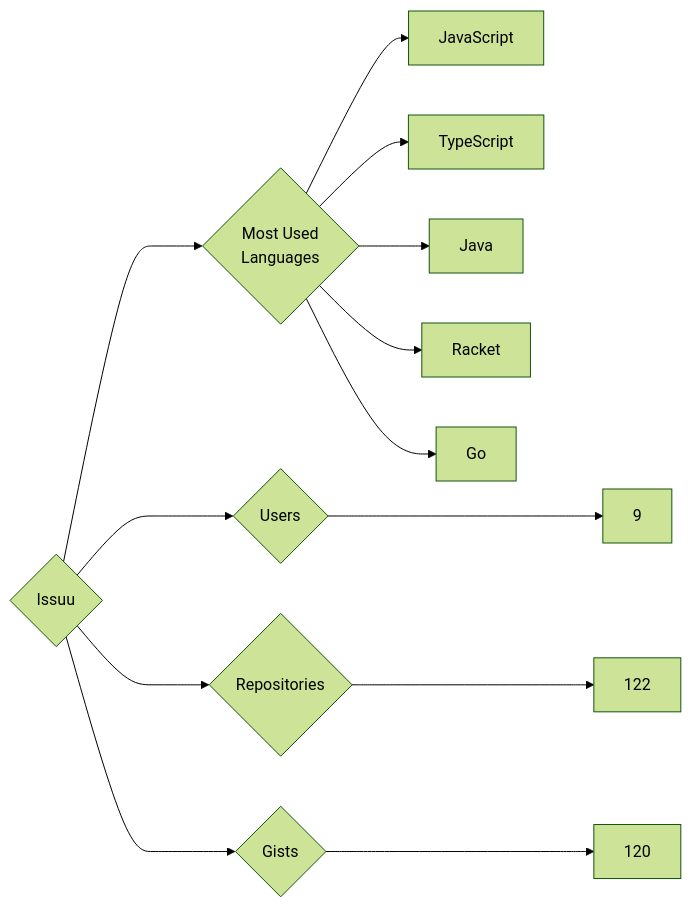
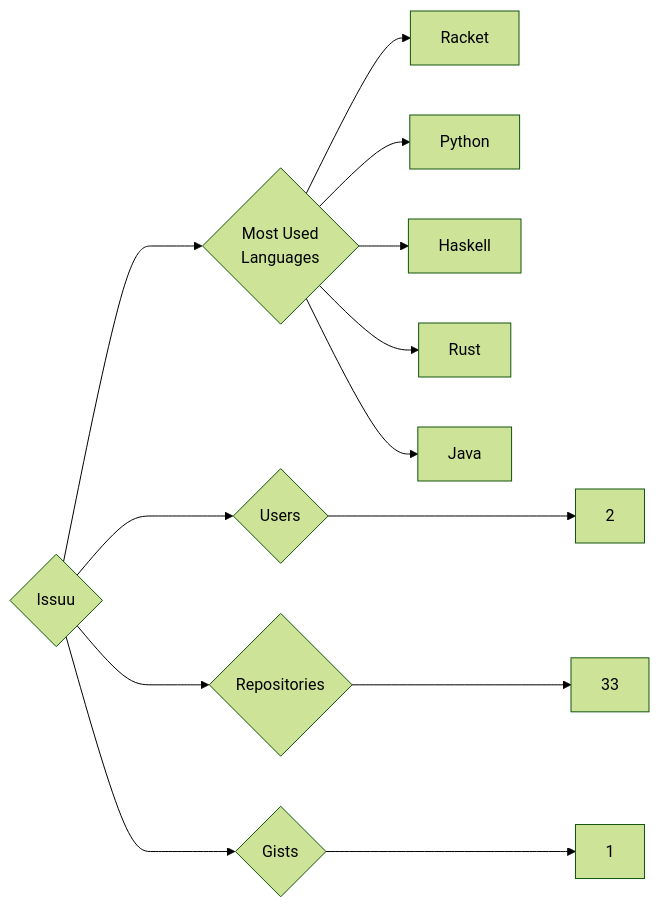
Before and after one commit to trickest/insiders: the diagram in targets/Issuu/README.md, drawn with Mermaid (forest theme). The commit also changed 814 other files, not shown here.

````diff
--- a/targets/Issuu/README.md
+++ b/targets/Issuu/README.md
@@ -3,13 +3,13 @@
 ```mermaid
 graph LR
 COMPANY_NAME{Issuu}
-COMPANY_NAME ---> U{Users} ---> UN[9]
-COMPANY_NAME ---> R{Repositories} ---> RN[122]
-COMPANY_NAME ---> G{Gists} ---> GN[120]
+COMPANY_NAME ---> U{Users} ---> UN[2]
+COMPANY_NAME ---> R{Repositories} ---> RN[33]
+COMPANY_NAME ---> G{Gists} ---> GN[1]
 COMPANY_NAME ---> ML{Most Used<br>Languages}
-ML --> JavaScript[JavaScript]
-ML --> TypeScript[TypeScript]
+ML --> Racket[Racket]
+ML --> Python[Python]
+ML --> Haskell[Haskell]
+ML --> Rust[Rust]
 ML --> Java[Java]
-ML --> Racket[Racket]
-ML --> Go[Go]
 ```
````
